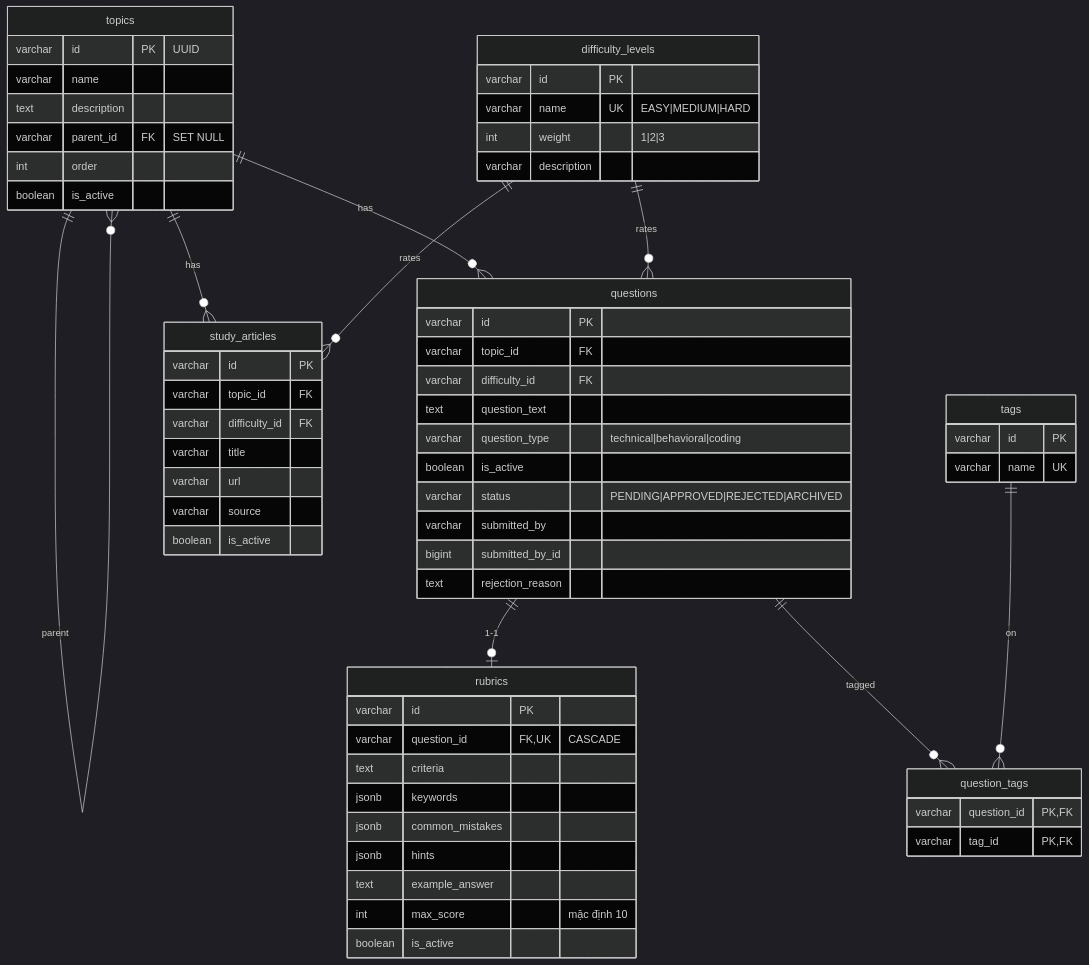
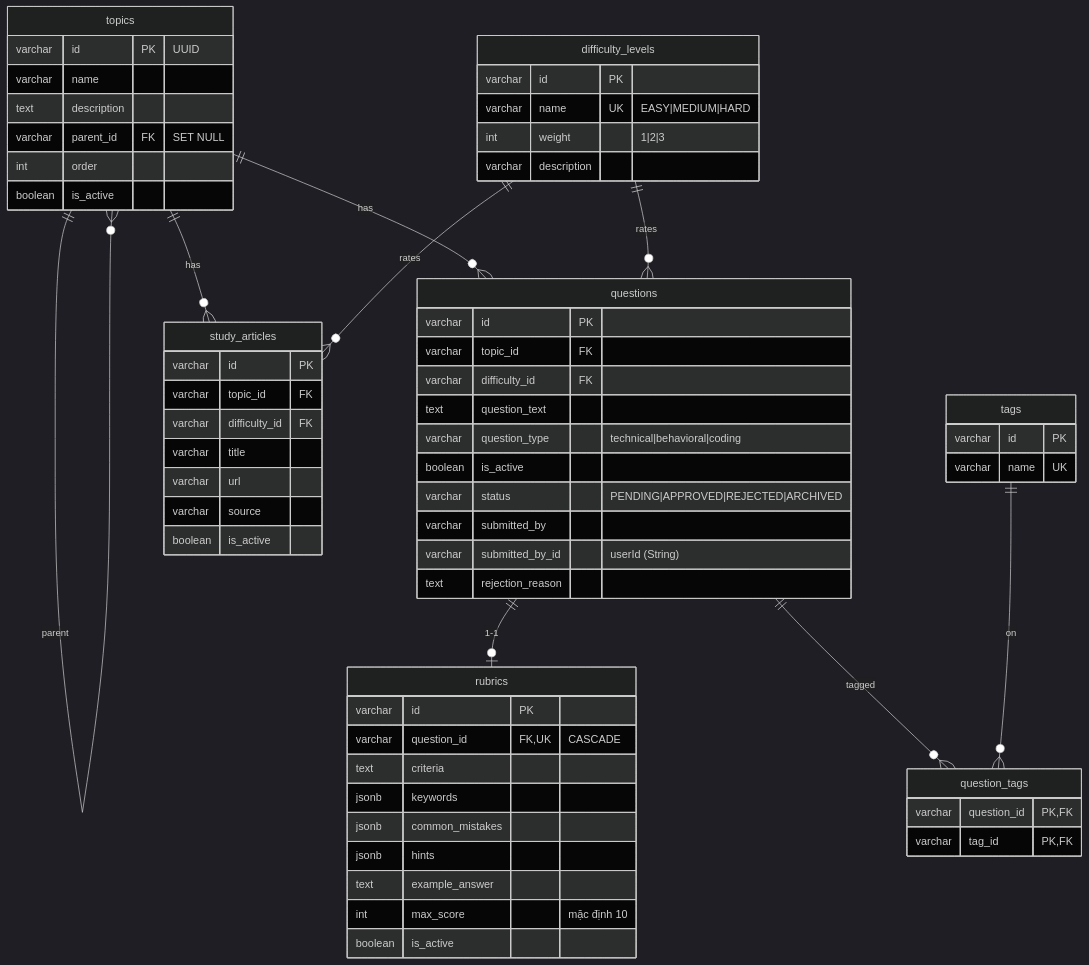
The first of 4 diagrams in docs/services/question-service.md (ngohoangg/intelli-hire), drawn with Mermaid (dark theme) before and after one commit. The commit also changed other lines of this file and 19 other files, not shown here.

````diff
--- a/docs/services/question-service.md
+++ b/docs/services/question-service.md
@@ -23,66 +23,66 @@
 ```mermaid
 erDiagram
     topics ||--o{ topics : "parent"
     topics ||--o{ questions : has
     difficulty_levels ||--o{ questions : rates
     questions ||--o| rubrics : "1-1"
     questions ||--o{ question_tags : tagged
     tags ||--o{ question_tags : on
     topics ||--o{ study_articles : has
     difficulty_levels ||--o{ study_articles : rates
 
     topics {
         varchar id PK "UUID"
         varchar name
         text description
         varchar parent_id FK "SET NULL"
         int order
         boolean is_active
     }
     difficulty_levels {
         varchar id PK
         varchar name UK "EASY|MEDIUM|HARD"
         int weight "1|2|3"
         varchar description
     }
     tags {
         varchar id PK
         varchar name UK
     }
     questions {
         varchar id PK
         varchar topic_id FK
         varchar difficulty_id FK
         text question_text
         varchar question_type "technical|behavioral|coding"
         boolean is_active
         varchar status "PENDING|APPROVED|REJECTED|ARCHIVED"
         varchar submitted_by
-        bigint submitted_by_id
+        varchar submitted_by_id "userId (String)"
         text rejection_reason
     }
     rubrics {
         varchar id PK
         varchar question_id FK,UK "CASCADE"
         text criteria
         jsonb keywords
         jsonb common_mistakes
         jsonb hints
         text example_answer
         int max_score "mặc định 10"
         boolean is_active
     }
     question_tags {
         varchar question_id PK,FK
         varchar tag_id PK,FK
     }
     study_articles {
         varchar id PK
         varchar topic_id FK
         varchar difficulty_id FK
         varchar title
         varchar url
         varchar source
         boolean is_active
     }
 ```
````
